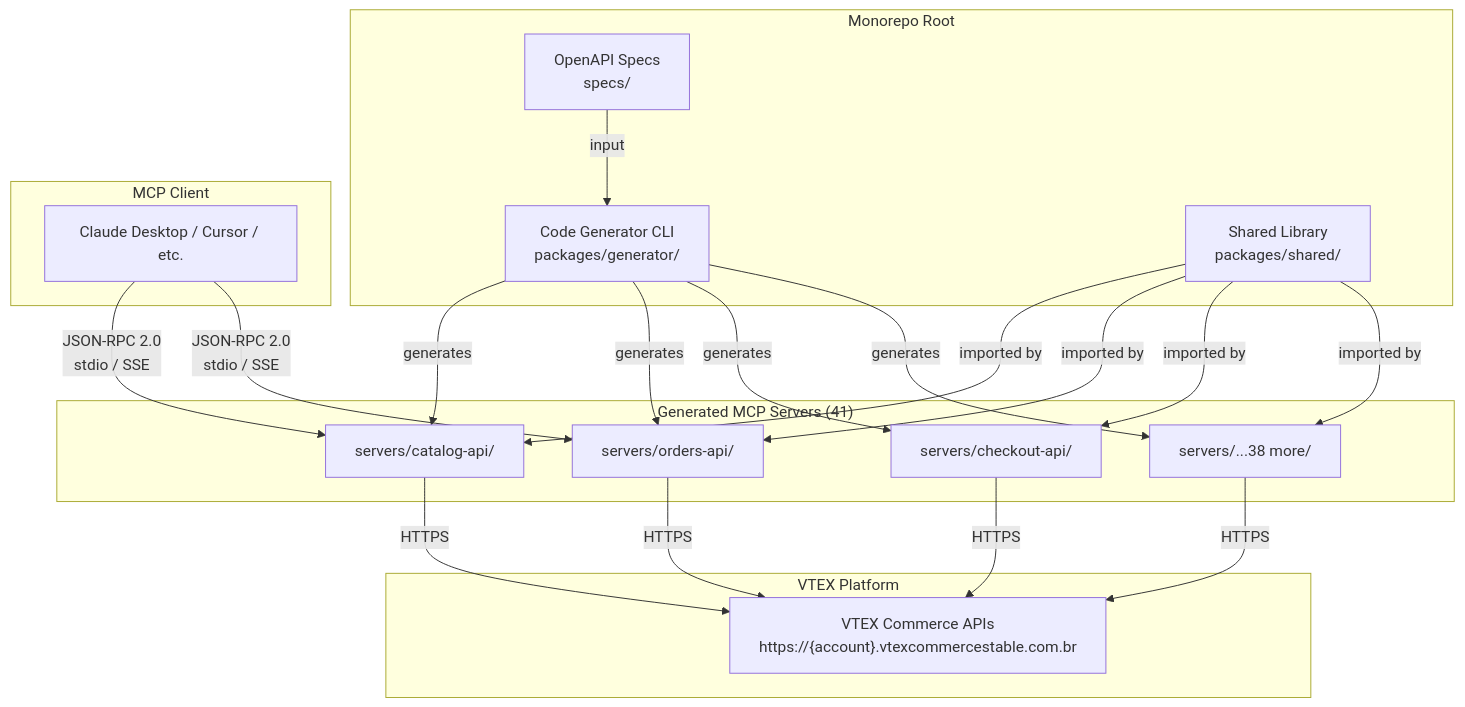
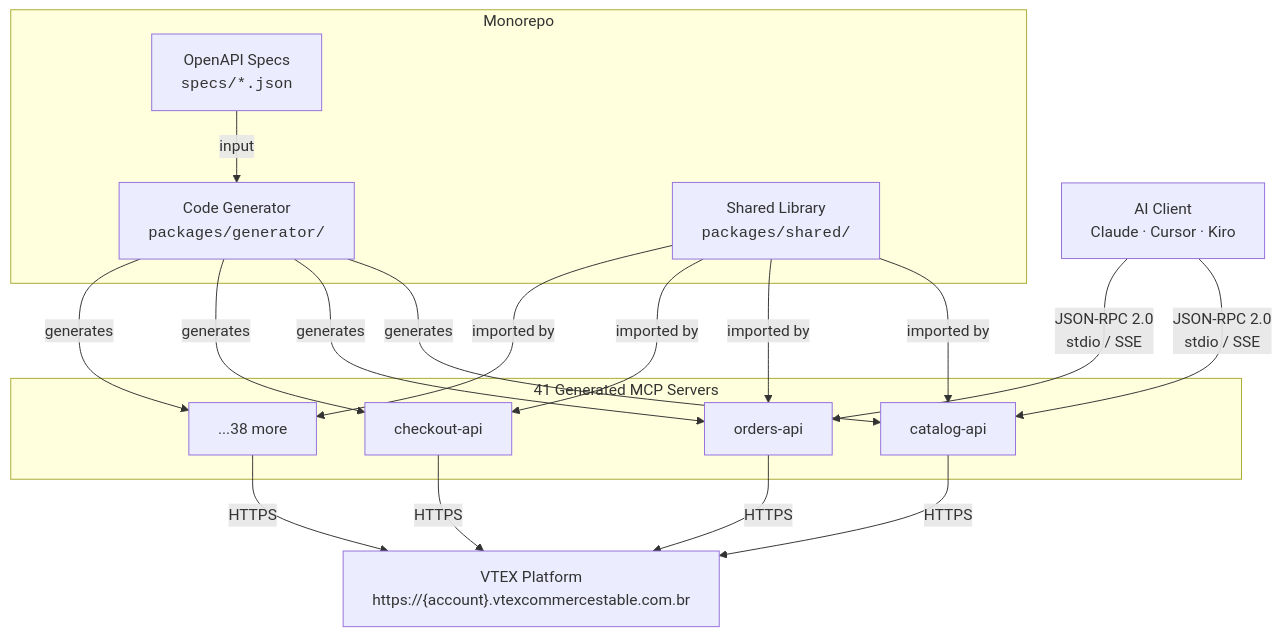
Before and after one commit to v-hansen/vtex_mcps: the diagram in README.md, drawn with Mermaid. The commit also changed other lines of this file and 8 other files, not shown here.

````diff
--- a/README.md
+++ b/README.md
@@ -9,42 +198,24 @@
 ```mermaid
 graph TB
-    subgraph "Monorepo Root"
-        GEN["Code Generator CLI<br/>packages/generator/"]
-        SHARED["Shared Library<br/>packages/shared/"]
-        SPECS["OpenAPI Specs<br/>specs/"]
+    subgraph Monorepo
+        GEN["Code Generator<br/><code>packages/generator/</code>"]
+        SHARED["Shared Library<br/><code>packages/shared/</code>"]
+        SPECS["OpenAPI Specs<br/><code>specs/*.json</code>"]
     end
 
-    subgraph "Generated MCP Servers (41)"
-        S1["servers/catalog-api/"]
-        S2["servers/orders-api/"]
-        S3["servers/checkout-api/"]
-        SN["servers/...38 more/"]
+    subgraph "41 Generated MCP Servers"
+        S1["catalog-api"]
+        S2["orders-api"]
+        S3["checkout-api"]
+        SN["...38 more"]
     end
 
-    subgraph "MCP Client"
-        CLIENT["Claude Desktop / Cursor / etc."]
-    end
+    CLIENT["AI Client<br/>Claude · Cursor · Kiro"]
+    VTEX["VTEX Platform<br/>https://{account}.vtexcommercestable.com.br"]
 
-    subgraph "VTEX Platform"
-        VTEX["VTEX Commerce APIs<br/>https://{account}.vtexcommercestable.com.br"]
-    end
-
-    SPECS -->|"input"| GEN
-    GEN -->|"generates"| S1
-    GEN -->|"generates"| S2
-    GEN -->|"generates"| S3
-    GEN -->|"generates"| SN
-
-    SHARED -->|"imported by"| S1
-    SHARED -->|"imported by"| S2
-    SHARED -->|"imported by"| S3
-    SHARED -->|"imported by"| SN
-
-    CLIENT -->|"JSON-RPC 2.0<br/>stdio / SSE"| S1
-    CLIENT -->|"JSON-RPC 2.0<br/>stdio / SSE"| S2
-
-    S1 -->|"HTTPS"| VTEX
-    S2 -->|"HTTPS"| VTEX
-    S3 -->|"HTTPS"| VTEX
-    SN -->|"HTTPS"| VTEX
+    SPECS -->|input| GEN
+    GEN -->|generates| S1 & S2 & S3 & SN
+    SHARED -->|imported by| S1 & S2 & S3 & SN
+    CLIENT -->|"JSON-RPC 2.0<br/>stdio / SSE"| S1 & S2
+    S1 & S2 & S3 & SN -->|HTTPS| VTEX
 ```
````
